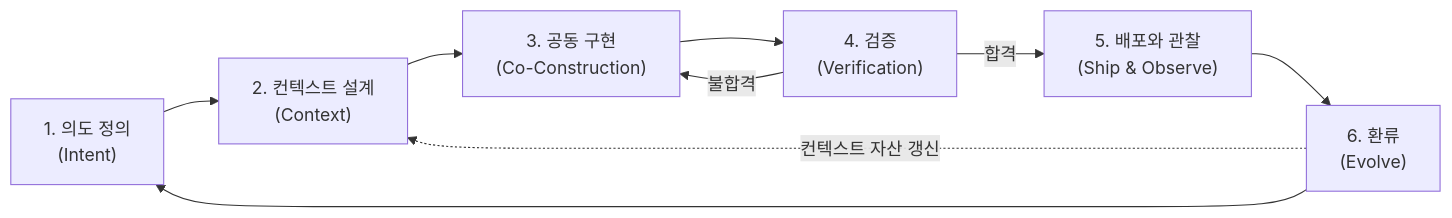
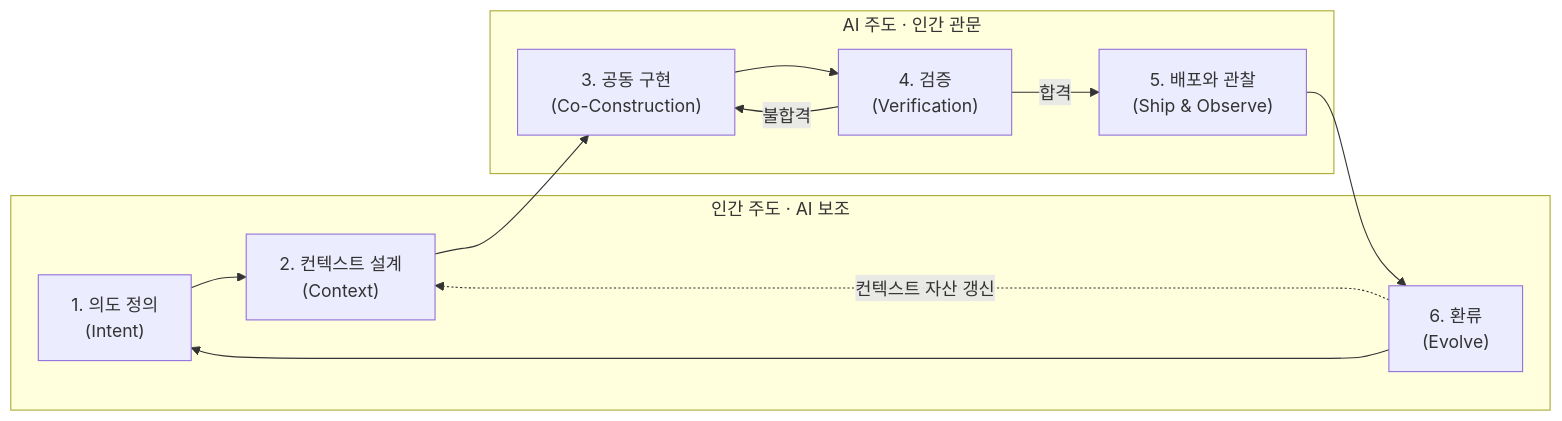
Before and after one commit to roboco-io/vibe-driven-development-lifecycle: the diagram in vdlc.md, drawn with Mermaid. The commit also changed other lines of this file, not shown here.

Commit message:
docs: 라이프사이클에 주도·관문 구분과 이해 검증·학습 장치 추가

````diff
--- a/vdlc.md
+++ b/vdlc.md
@@ -41,11 +41,21 @@
 ```mermaid
 flowchart LR
-    P1["1. 의도 정의<br/>(Intent)"] --> P2["2. 컨텍스트 설계<br/>(Context)"]
-    P2 --> P3["3. 공동 구현<br/>(Co-Construction)"]
-    P3 --> P4["4. 검증<br/>(Verification)"]
+    subgraph H["인간 주도 · AI 보조"]
+        P1["1. 의도 정의<br/>(Intent)"]
+        P2["2. 컨텍스트 설계<br/>(Context)"]
+        P6["6. 환류<br/>(Evolve)"]
+    end
+    subgraph A["AI 주도 · 인간 관문"]
+        P3["3. 공동 구현<br/>(Co-Construction)"]
+        P4["4. 검증<br/>(Verification)"]
+        P5["5. 배포와 관찰<br/>(Ship & Observe)"]
+    end
+    P1 --> P2
+    P2 --> P3
+    P3 --> P4
     P4 -->|"불합격"| P3
-    P4 -->|"합격"| P5["5. 배포와 관찰<br/>(Ship & Observe)"]
-    P5 --> P6["6. 환류<br/>(Evolve)"]
+    P4 -->|"합격"| P5
+    P5 --> P6
     P6 --> P1
     P6 -.->|"컨텍스트 자산 갱신"| P2
 ```
````
